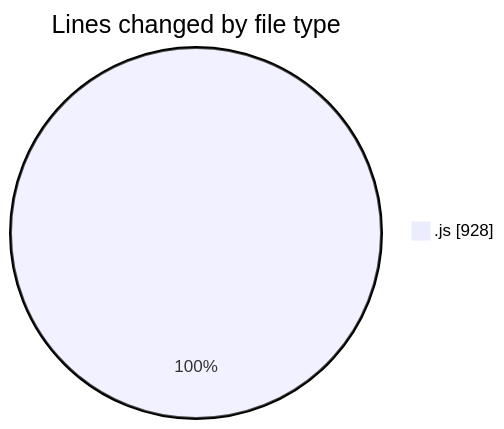
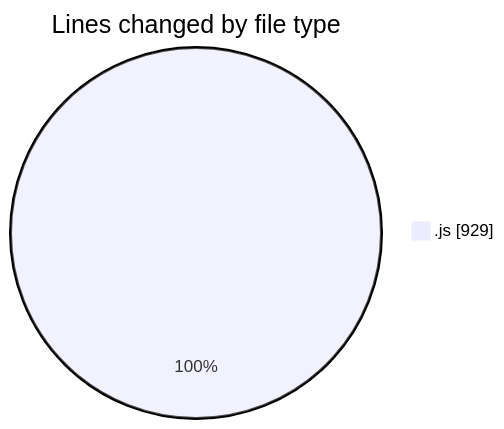
Before and after one commit to nxtqubesakshisongat/code-tracking: the first of 2 diagrams in 2025-11-04/nxtqube_webapp/README.md, drawn with Mermaid. The commit also changed other lines of this file and 1 other file, not shown here.

````diff
--- a/2025-11-04/nxtqube_webapp/README.md
+++ b/2025-11-04/nxtqube_webapp/README.md
@@ -23,5 +23,5 @@
 ```mermaid
 pie showData
 title Lines changed by file type
-".js" : 928
+".js" : 929
 ```
````
